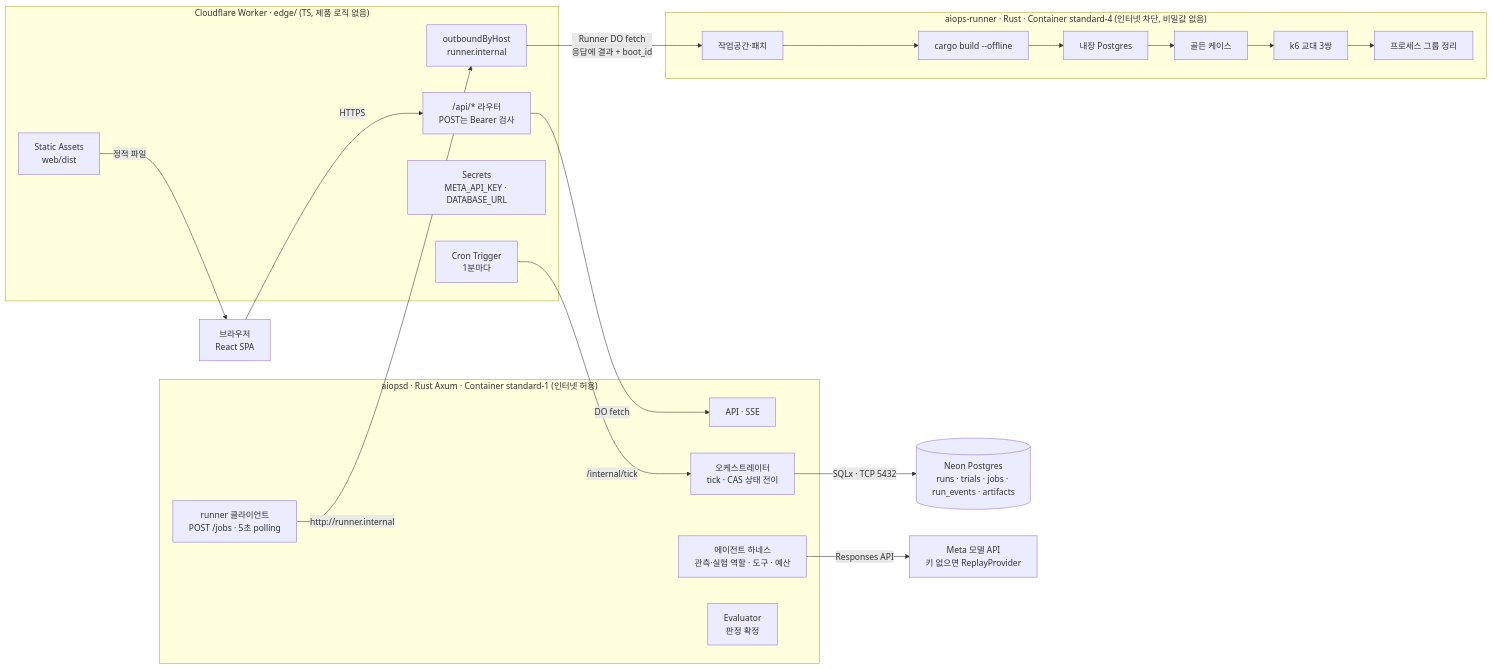
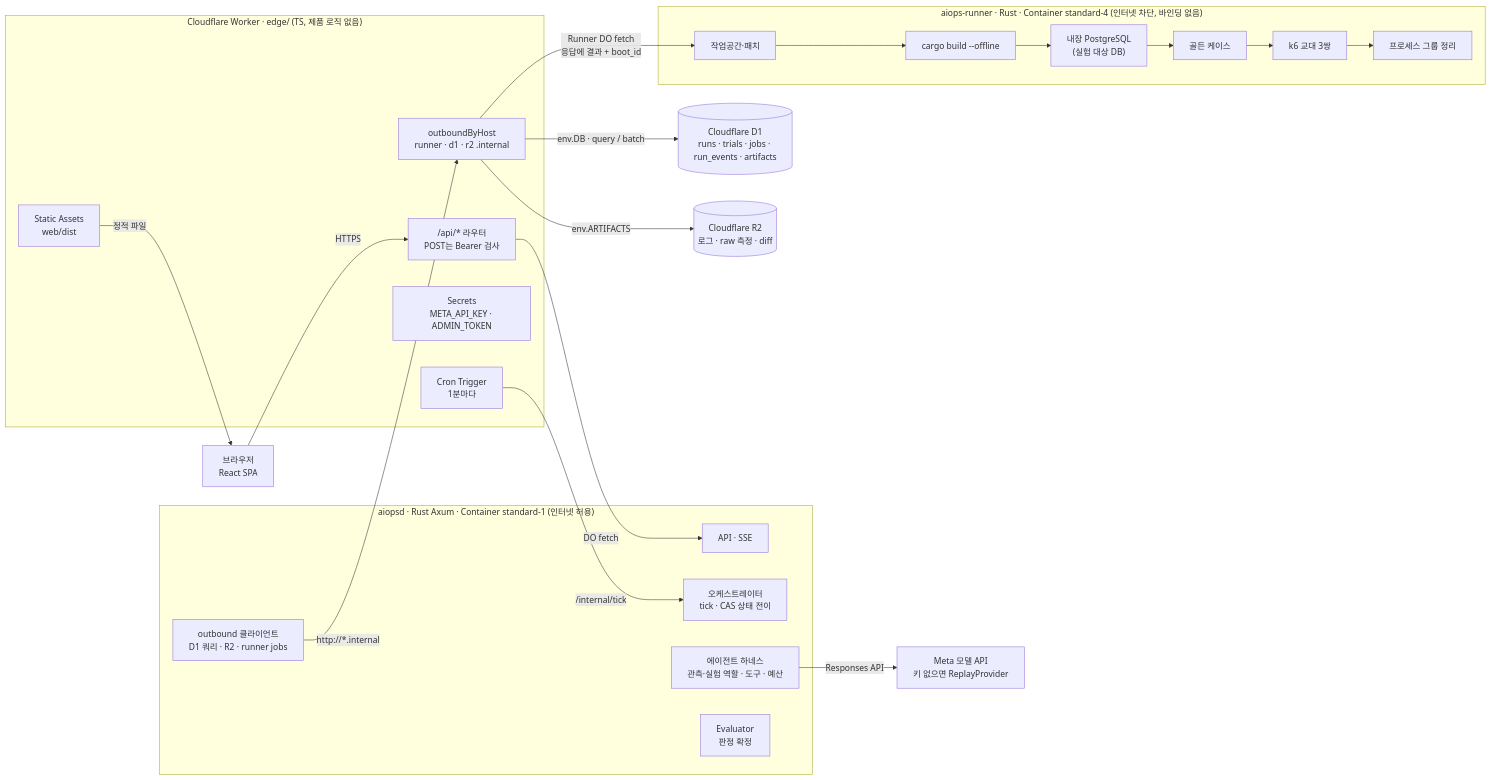
Before and after one commit to qlanfr/mata_Hackathon: the first of 3 diagrams in docs/architecture.md, drawn with Mermaid. The commit also changed other lines of this file and 2 other files, not shown here.

Commit message:
Switch control DB from Neon Postgres to Cloudflare D1 + R2
D1 has no TCP access, so aiopsd reaches it through the Worker's
outbound handler (d1.internal). D1 has no interactive transactions, so
state transitions use state_version CAS plus atomic batch(). Large
artifacts move to R2 because of D1's 2 MB row limit. The experiment
target DB stays PostgreSQL inside the runner.

Claude-Session: https://claude.ai/code/session_01QXSLTMGFgvRQWLTUENsqe5

````diff
--- a/docs/architecture.md
+++ b/docs/architecture.md
@@ -9,36 +9,38 @@
 ```mermaid
 flowchart LR
   B["브라우저<br/>React SPA"]
 
   subgraph W["Cloudflare Worker · edge/ (TS, 제품 로직 없음)"]
     W1["Static Assets<br/>web/dist"]
     W2["/api/* 라우터<br/>POST는 Bearer 검사"]
     W3["Cron Trigger<br/>1분마다"]
-    W4["Secrets<br/>META_API_KEY · DATABASE_URL"]
-    W5["outboundByHost<br/>runner.internal"]
+    W4["Secrets<br/>META_API_KEY · ADMIN_TOKEN"]
+    W5["outboundByHost<br/>runner · d1 · r2 .internal"]
   end
 
   subgraph A["aiopsd · Rust Axum · Container standard-1 (인터넷 허용)"]
     A1["API · SSE"]
     A2["오케스트레이터<br/>tick · CAS 상태 전이"]
     A3["에이전트 하네스<br/>관측·실험 역할 · 도구 · 예산"]
     A4["Evaluator<br/>판정 확정"]
-    A5["runner 클라이언트<br/>POST /jobs · 5초 polling"]
+    A5["outbound 클라이언트<br/>D1 쿼리 · R2 · runner jobs"]
   end
 
-  subgraph R["aiops-runner · Rust · Container standard-4 (인터넷 차단, 비밀값 없음)"]
-    R1["작업공간·패치"] --> R2["cargo build --offline"] --> R3["내장 Postgres"] --> R4["골든 케이스"] --> R5["k6 교대 3쌍"] --> R6["프로세스 그룹 정리"]
+  subgraph R["aiops-runner · Rust · Container standard-4 (인터넷 차단, 바인딩 없음)"]
+    R1["작업공간·패치"] --> R2["cargo build --offline"] --> R3["내장 PostgreSQL<br/>(실험 대상 DB)"] --> R4["골든 케이스"] --> R5["k6 교대 3쌍"] --> R6["프로세스 그룹 정리"]
   end
 
-  N[("Neon Postgres<br/>runs · trials · jobs · run_events · artifacts")]
+  D1[("Cloudflare D1<br/>runs · trials · jobs · run_events · artifacts")]
+  R2B[("Cloudflare R2<br/>로그 · raw 측정 · diff")]
   M["Meta 모델 API<br/>키 없으면 ReplayProvider"]
 
   B -->|"HTTPS"| W2
   W1 -->|"정적 파일"| B
   W2 -->|"DO fetch"| A1
   W3 -->|"/internal/tick"| A2
-  A2 -->|"SQLx · TCP 5432"| N
   A3 -->|"Responses API"| M
-  A5 -->|"http://runner.internal"| W5
+  A5 -->|"http://*.internal"| W5
+  W5 -->|"env.DB · query / batch"| D1
+  W5 -->|"env.ARTIFACTS"| R2B
   W5 -->|"Runner DO fetch<br/>응답에 결과 + boot_id"| R1
 ```
````
